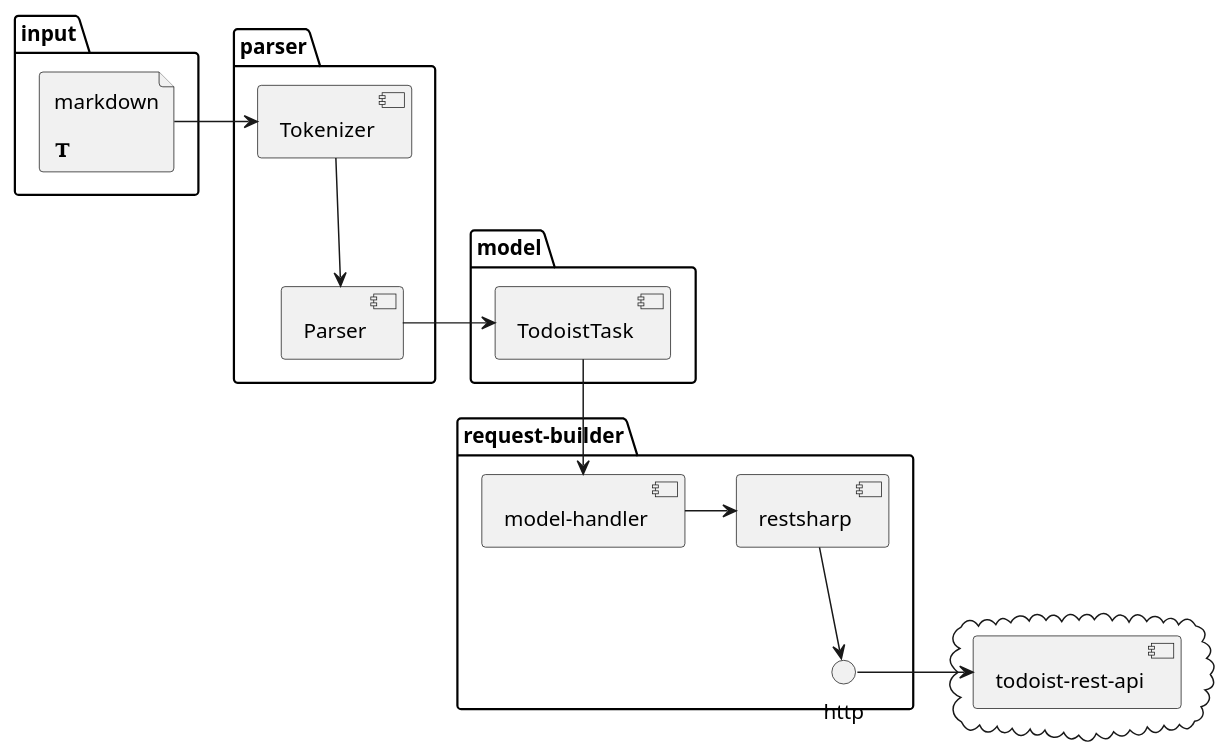
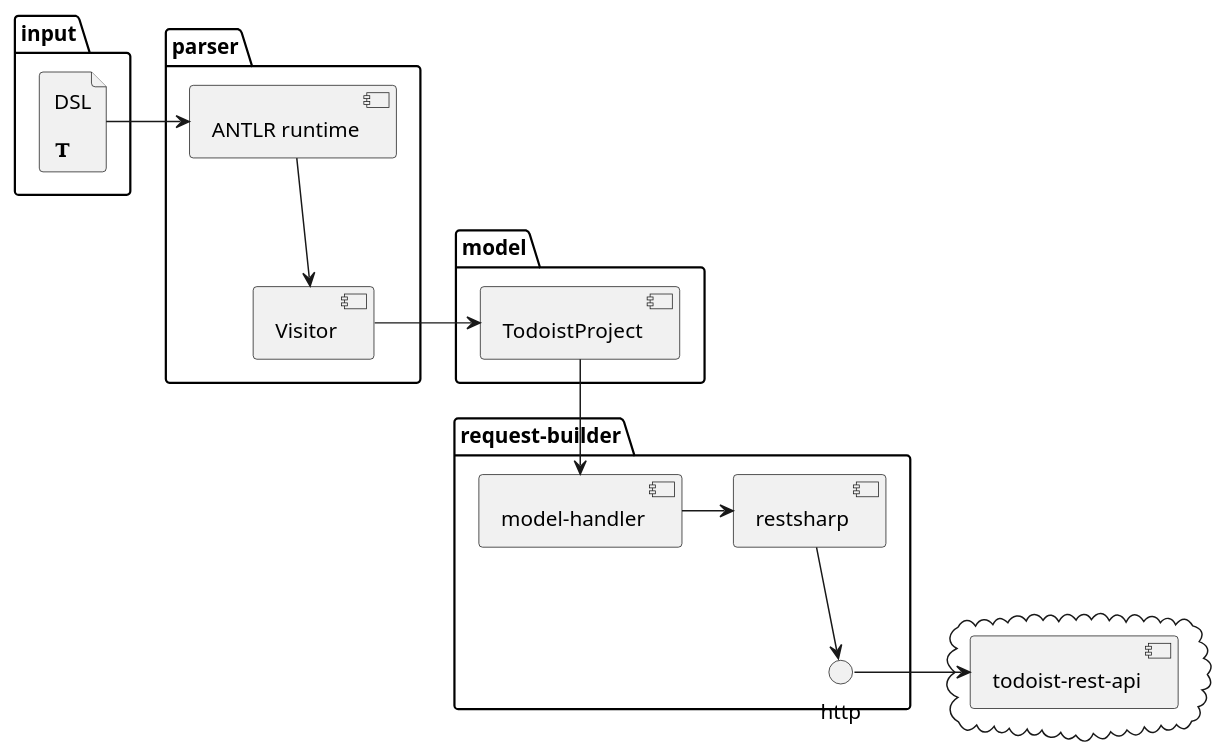
Before and after one commit to Ungerfall/markdown-and-todoist: the diagram in etc/components.plantuml, drawn with PlantUML. The commit also changed 1 other file, not shown here.

Commit message:
Sync component diagram

```diff
--- a/etc/components.plantuml
+++ b/etc/components.plantuml
@@ -1,36 +1,36 @@
 @startuml
 
 package "input" {
-  file markdown [
-    markdown
+  file DSL [
+    DSL
 
     <&text>
   ]
 }
 
 package "parser" {
-  [Tokenizer]
-  [Parser]
+  [ANTLR runtime]
+  [Visitor]
 }
 
 package "model" {
-  [TodoistTask]
+  [TodoistProject]
 }
 
 package "request-builder" {
   [model-handler]
   [restsharp] --> http
 }
 
 cloud {
   [todoist-rest-api]
 }
 
-markdown -> [Tokenizer]
-[Tokenizer] --> [Parser]
-[Parser] -> [TodoistTask]
-[TodoistTask] --> [model-handler]
+DSL -> [ANTLR runtime]
+[ANTLR runtime] --> [Visitor]
+[Visitor] -> [TodoistProject]
+[TodoistProject] --> [model-handler]
 [model-handler] -> [restsharp]
 http -> [todoist-rest-api]
 
 @enduml
```
